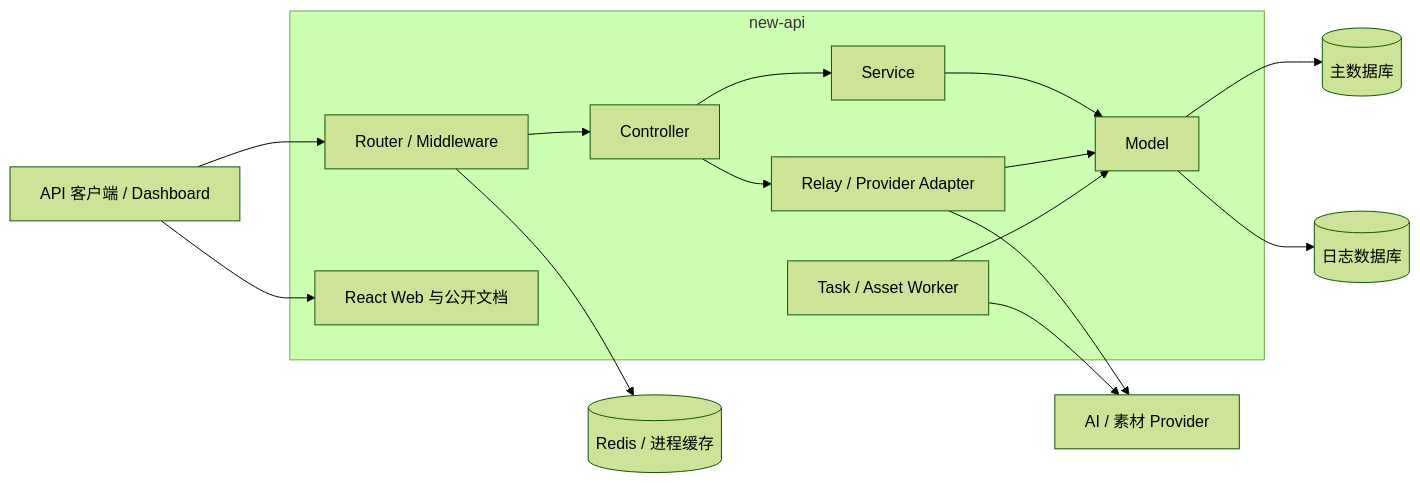
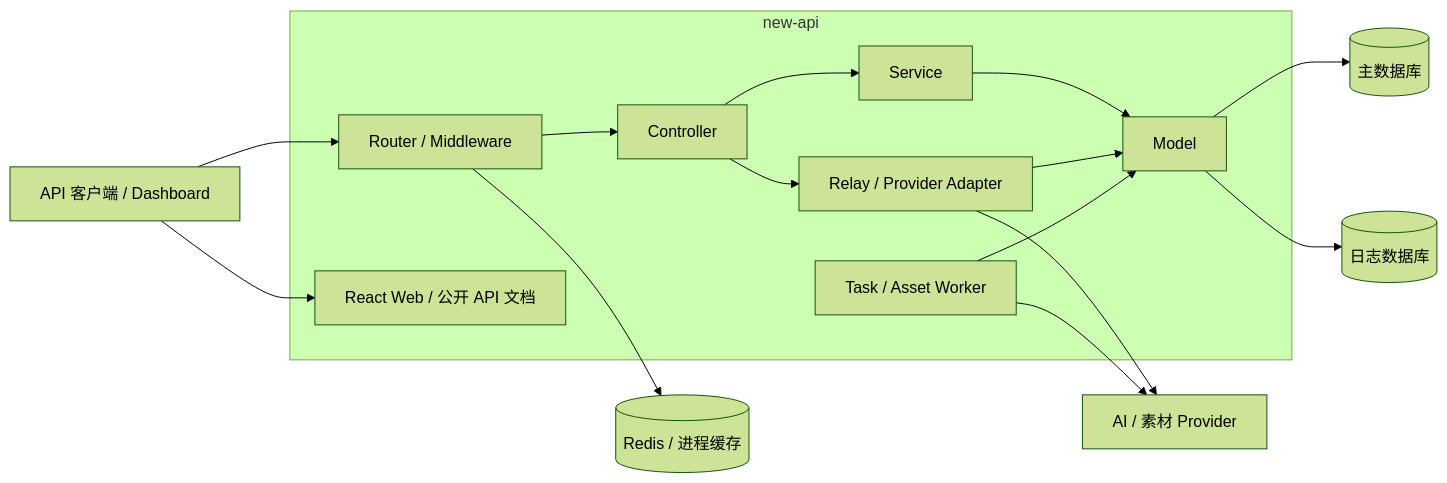
Before and after one commit to wuqiang44444444/new-api: the diagram in docs/20-architecture/架构概览.md, drawn with Mermaid (forest theme). The commit also changed other lines of this file and 143 other files, not shown here.

````diff
--- a/docs/20-architecture/架构概览.md
+++ b/docs/20-architecture/架构概览.md
@@ -13,29 +17,29 @@
 ```mermaid
 flowchart LR
-    Client[API 客户端 / Dashboard]
+    Client["API 客户端 / Dashboard"]
 
-    subgraph Gateway[new-api]
-        Entry[Router / Middleware]
+    subgraph Gateway["new-api"]
+        Entry["Router / Middleware"]
         Controller[Controller]
         Service[Service]
-        Relay[Relay / Provider Adapter]
+        Relay["Relay / Provider Adapter"]
         Model[Model]
-        Worker[Task / Asset Worker]
-        Web[React Web 与公开文档]
+        Worker["Task / Asset Worker"]
+        Web["React Web / 公开 API 文档"]
     end
 
     MainDB[(主数据库)]
     LogDB[(日志数据库)]
     Cache[(Redis / 进程缓存)]
-    Provider[AI / 素材 Provider]
+    Provider["AI / 素材 Provider"]
 
     Client --> Entry --> Controller
     Controller --> Service --> Model --> MainDB
     Controller --> Relay --> Provider
     Relay --> Model
     Worker --> Model
     Worker --> Provider
     Entry --> Cache
     Model --> LogDB
     Client --> Web
 ```
````
